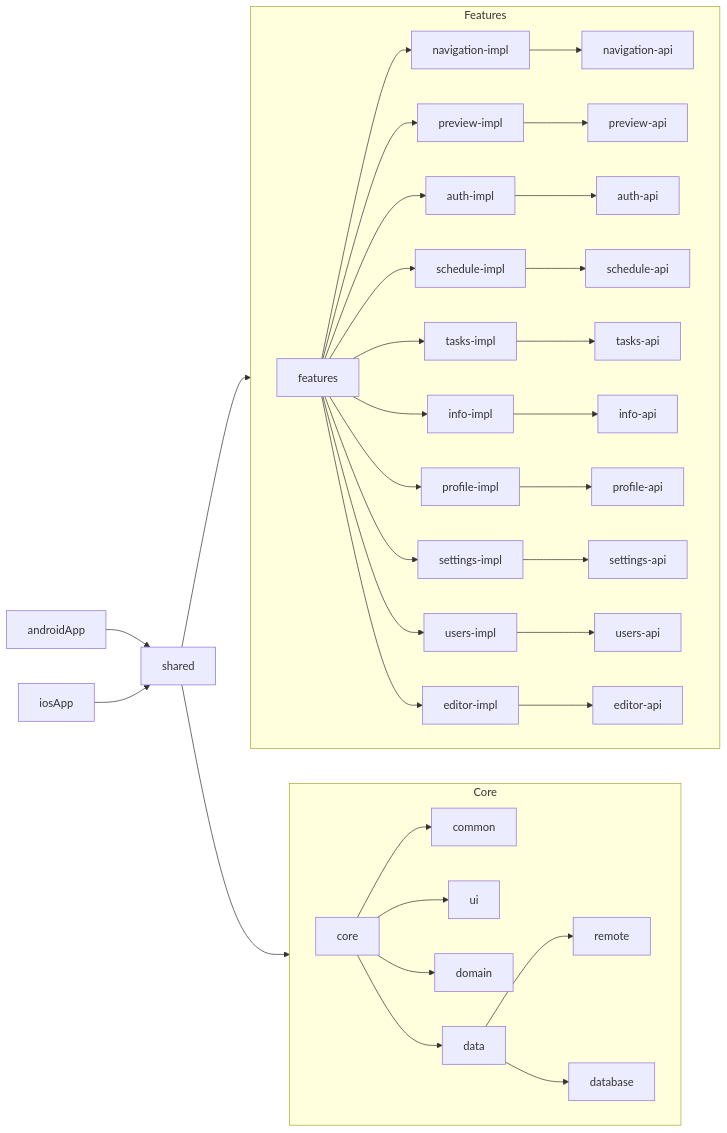
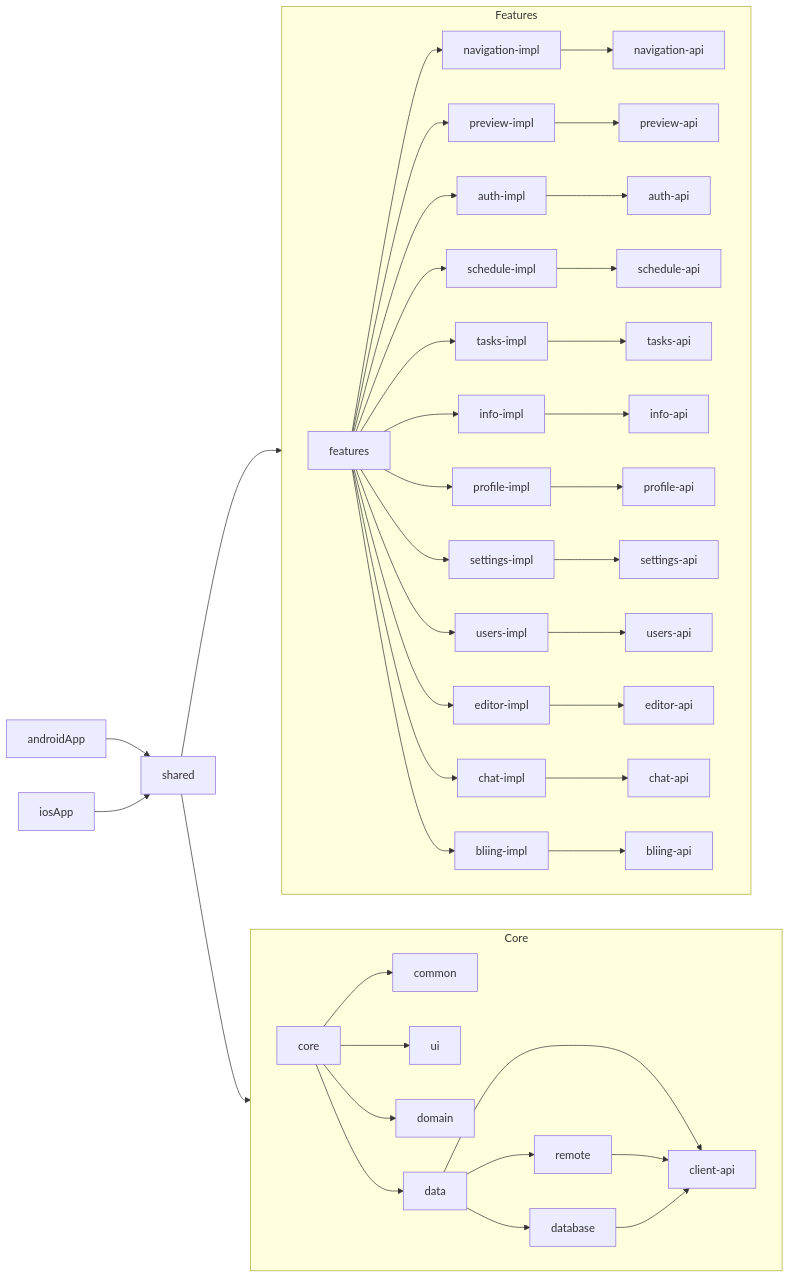
One commit to v1tzor/StudyAssistant changed the diagram in README.md. Above: the diagram before and after it, drawn with Mermaid. The commit also changed other lines of this file, not shown here.

````diff
--- a/README.md
+++ b/README.md
@@ -243,29 +164,33 @@
 ```mermaid
 graph LR;
     androidApp --> shared
     iosApp --> shared
 
     shared --> core
 
     subgraph one [Core]
     direction LR;
     core --> common & ui & domain & data
-    data --> remote & database
+    data --> remote & database & client-api
+    remote --> client-api
+    database --> client-api
     end
 
     shared --> features
 
     subgraph two [Features]
     direction LR;
     features --> navigation-impl --> navigation-api 
     features --> preview-impl --> preview-api
     features --> auth-impl --> auth-api
     features --> schedule-impl --> schedule-api
     features --> tasks-impl --> tasks-api
     features --> info-impl --> info-api
     features --> profile-impl --> profile-api
     features --> settings-impl --> settings-api
     features --> users-impl --> users-api
     features --> editor-impl --> editor-api
+    features --> chat-impl --> chat-api
+    features --> bliing-impl --> bliing-api
     end
 ```
````
